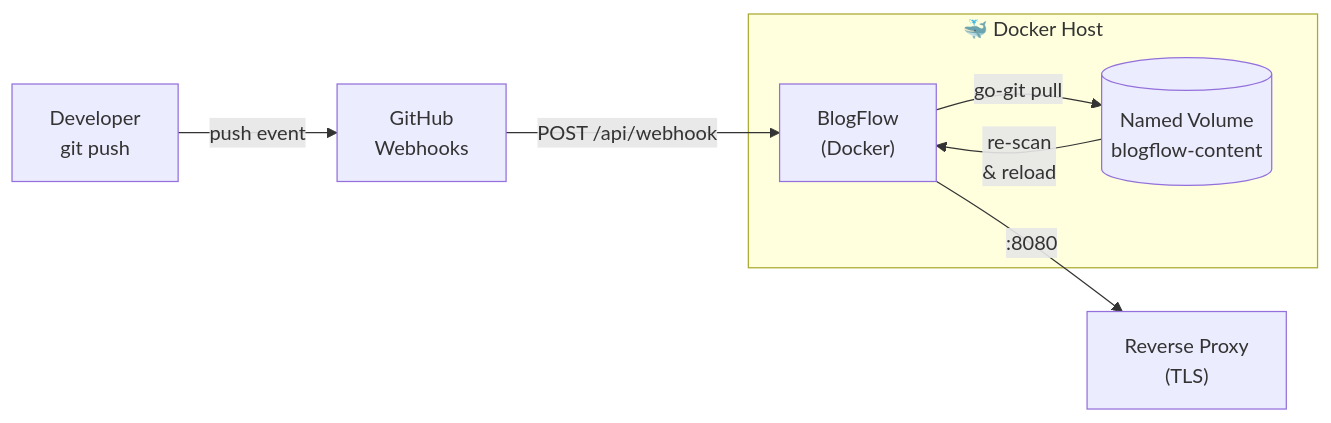
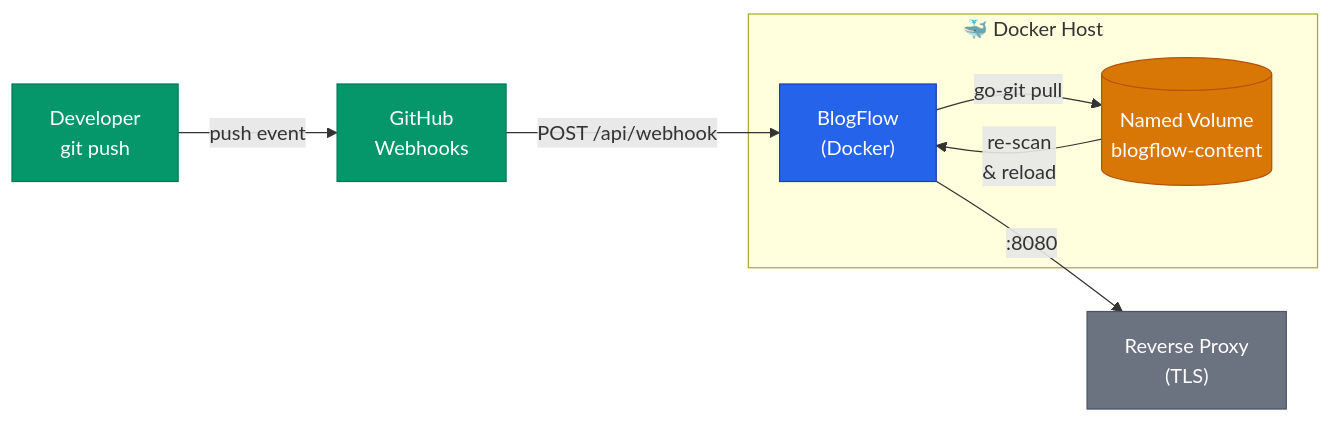
One commit to khaines/blogflow changed the eighth of 8 diagrams in docs/deployment-guide.md. Above: the diagram before and after it, drawn with Mermaid. The commit also changed other lines of this file and 1 other file, not shown here.

Commit message:
docs: apply consistent Mermaid theme to user-facing diagrams

````diff
--- a/docs/deployment-guide.md
+++ b/docs/deployment-guide.md
@@ -660,12 +687,17 @@
 ```mermaid
 graph LR
-    Dev["Developer\ngit push"] -->|"push event"| GH["GitHub\nWebhooks"]
+    classDef primary fill:#2563eb,stroke:#1e40af,color:#fff
+    classDef external fill:#059669,stroke:#047857,color:#fff
+    classDef storage fill:#d97706,stroke:#b45309,color:#fff
+    classDef muted fill:#6b7280,stroke:#4b5563,color:#fff
+
+    Dev["Developer<br/>git push"]:::external -->|"push event"| GH["GitHub<br/>Webhooks"]:::external
     GH -->|"POST /api/webhook"| BF
 
     subgraph Docker ["🐳 Docker Host"]
-        BF["BlogFlow\n(Docker)"] -->|"go-git pull"| Vol[("Named Volume\nblogflow-content")]
-        Vol -->|"re-scan\n& reload"| BF
+        BF["BlogFlow<br/>(Docker)"]:::primary -->|"go-git pull"| Vol[("Named Volume<br/>blogflow-content")]:::storage
+        Vol -->|"re-scan<br/>& reload"| BF
     end
 
-    BF -->|":8080"| Proxy["Reverse Proxy\n(TLS)"]
+    BF -->|":8080"| Proxy["Reverse Proxy<br/>(TLS)"]:::muted
 ```
````
